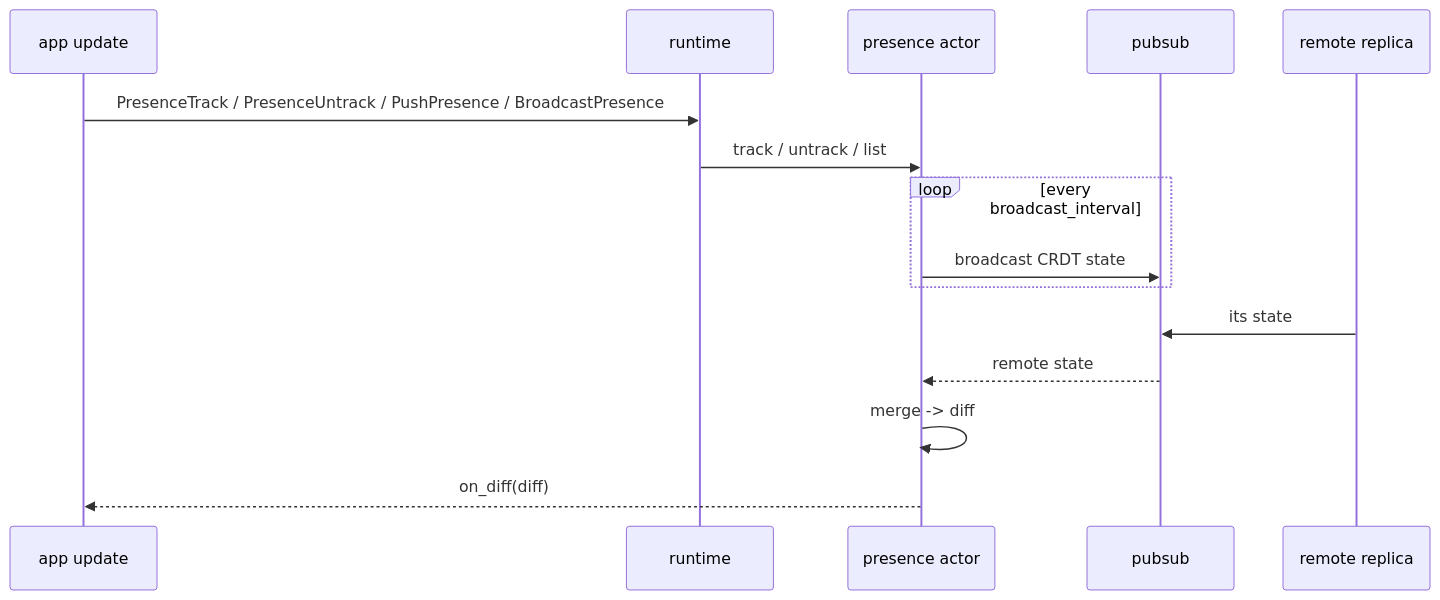
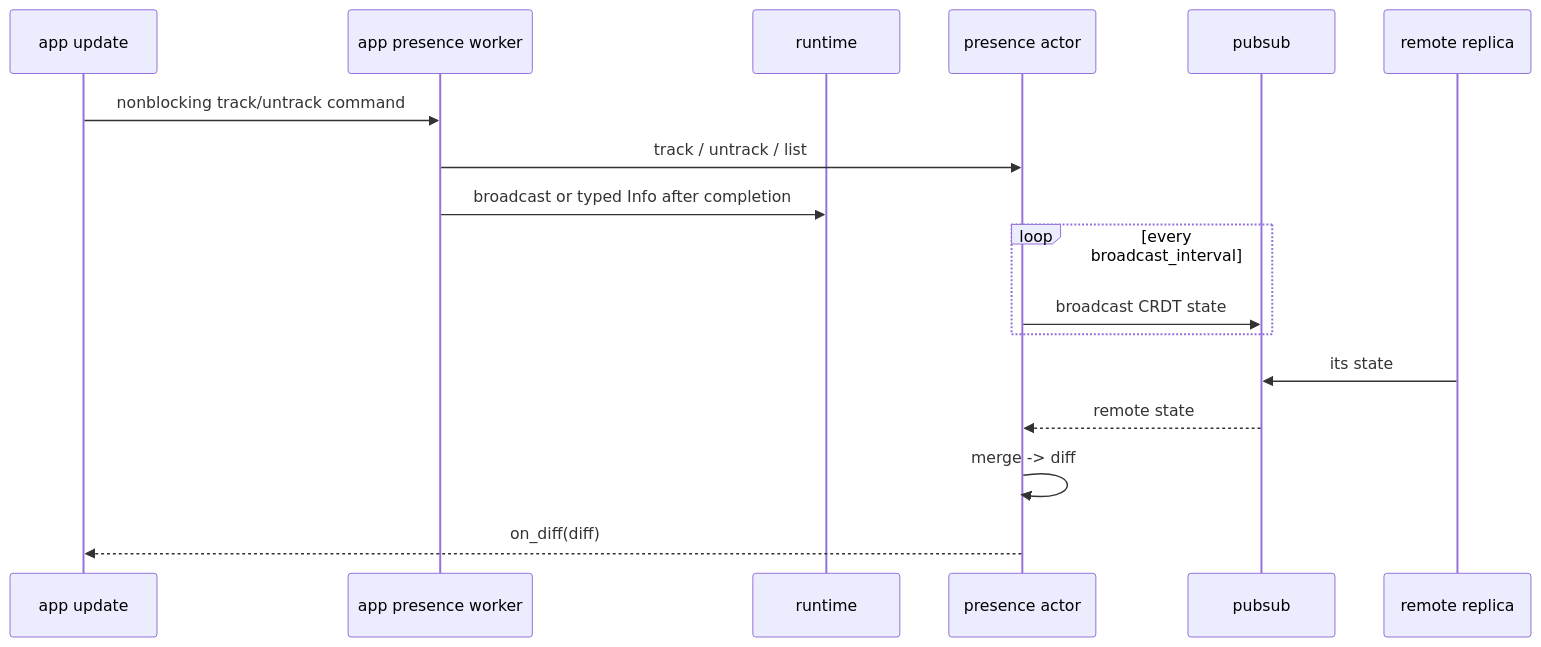
The diagram in website/src/content/docs/architecture/presence.md (tylerbutler/beryl), drawn with Mermaid before and after one commit. The commit also changed other lines of this file and 30 other files, not shown here.

````diff
--- a/website/src/content/docs/architecture/presence.md
+++ b/website/src/content/docs/architecture/presence.md
@@ -80,17 +78,19 @@
 ```mermaid
 sequenceDiagram
   participant App as app update
+  participant Worker as app presence worker
   participant Runtime as runtime
   participant Pres as presence actor
   participant PS as pubsub
   participant Remote as remote replica
-  App->>Runtime: PresenceTrack / PresenceUntrack / PushPresence / BroadcastPresence
-  Runtime->>Pres: track / untrack / list
+  App->>Worker: nonblocking track/untrack command
+  Worker->>Pres: track / untrack / list
+  Worker->>Runtime: broadcast or typed Info after completion
   loop every broadcast_interval
     Pres->>PS: broadcast CRDT state
   end
   Remote->>PS: its state
   PS-->>Pres: remote state
   Pres->>Pres: merge -> diff
   Pres-->>App: on_diff(diff)
 ```
````
